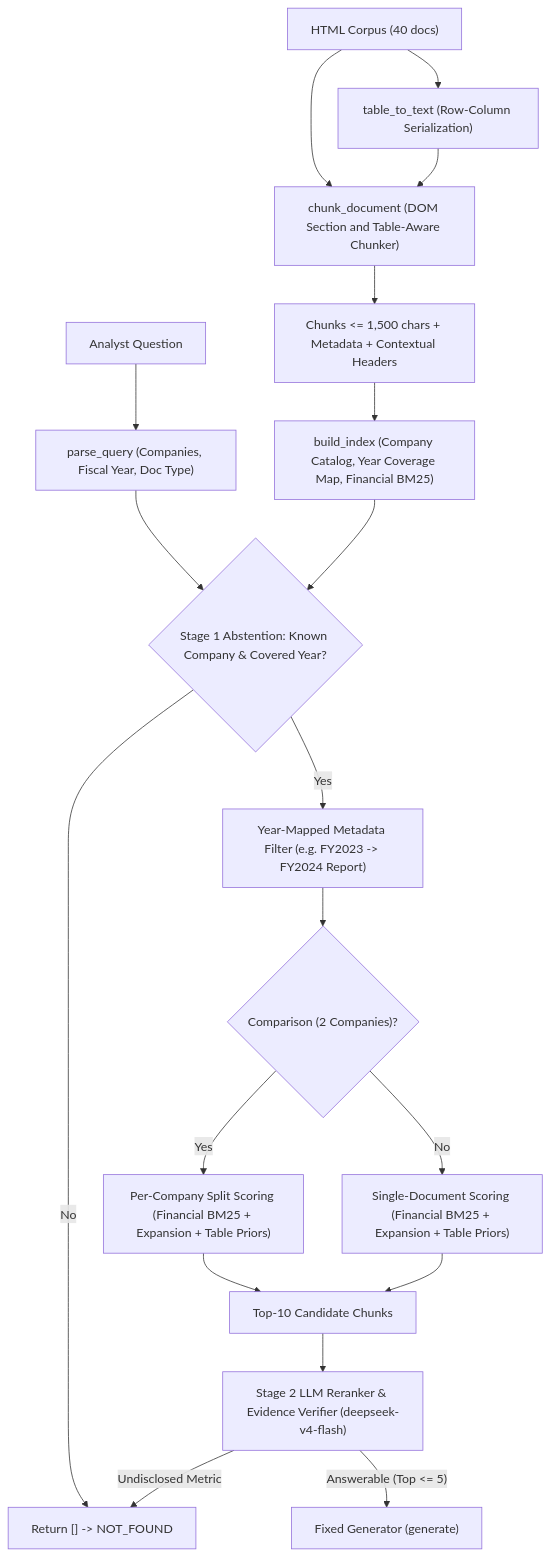
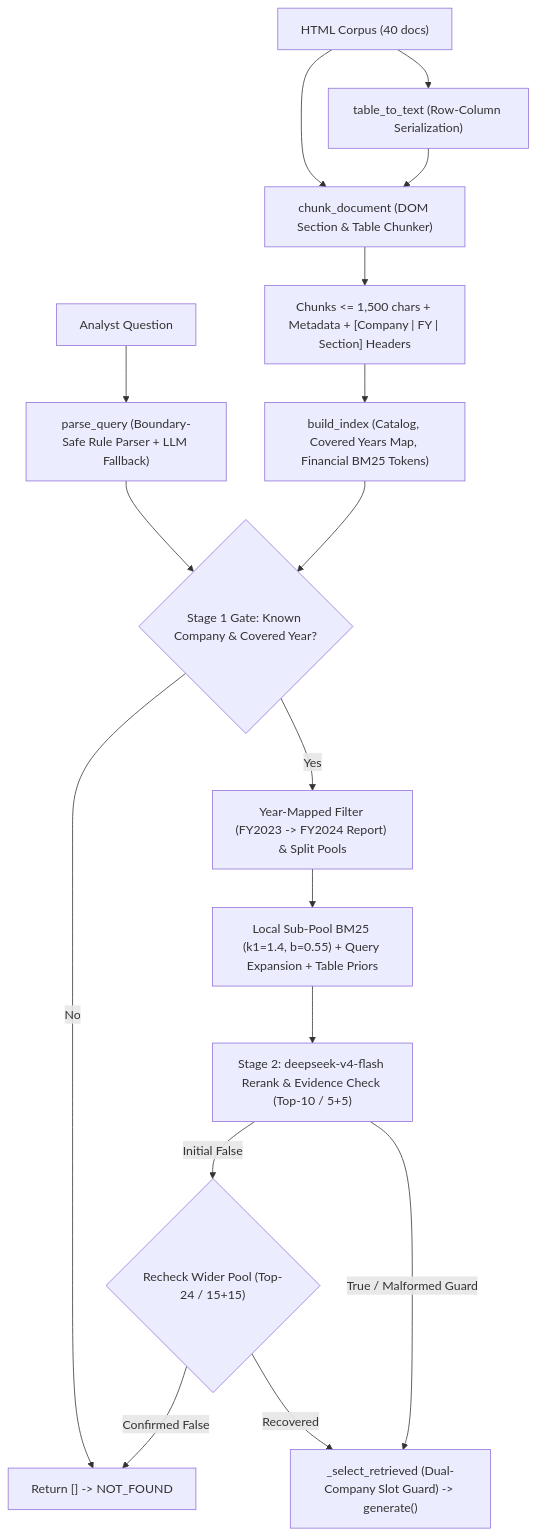
Before and after one commit to Cynr1cChen/FTEC5660-HW4: the diagram in README.md, drawn with Mermaid. The commit also changed other lines of this file and 3 other files, not shown here.

````diff
--- a/README.md
+++ b/README.md
@@ -7,21 +23,19 @@
 ```mermaid
 flowchart TD
     A["HTML Corpus (40 docs)"] --> B["table_to_text (Row-Column Serialization)"]
-    A --> C["chunk_document (DOM Section and Table-Aware Chunker)"]
+    A --> C["chunk_document (DOM Section & Table Chunker)"]
     B --> C
-    C --> D["Chunks <= 1,500 chars + Metadata + Contextual Headers"]
-    D --> E["build_index (Company Catalog, Year Coverage Map, Financial BM25)"]
-    Q["Analyst Question"] --> F["parse_query (Companies, Fiscal Year, Doc Type)"]
-    F --> G{"Stage 1 Abstention: Known Company & Covered Year?"}
+    C --> D["Chunks <= 1,500 chars + Metadata + [Company | FY | Section] Headers"]
+    D --> E["build_index (Catalog, Covered Years Map, Financial BM25 Tokens)"]
+    Q["Analyst Question"] --> F["parse_query (Boundary-Safe Rule Parser + LLM Fallback)"]
+    F --> G{"Stage 1 Gate: Known Company & Covered Year?"}
     E --> G
     G -- "No" --> Z["Return [] -> NOT_FOUND"]
-    G -- "Yes" --> H["Year-Mapped Metadata Filter (e.g. FY2023 -> FY2024 Report)"]
-    H --> I{"Comparison (2 Companies)?"}
-    I -- "Yes" --> J["Per-Company Split Scoring (Financial BM25 + Expansion + Table Priors)"]
-    I -- "No" --> K["Single-Document Scoring (Financial BM25 + Expansion + Table Priors)"]
-    J --> L["Top-10 Candidate Chunks"]
-    K --> L
-    L --> M["Stage 2 LLM Reranker & Evidence Verifier (deepseek-v4-flash)"]
-    M -- "Undisclosed Metric" --> Z
-    M -- "Answerable (Top <= 5)" --> N["Fixed Generator (generate)"]
+    G -- "Yes" --> H["Year-Mapped Filter (FY2023 -> FY2024 Report) & Split Pools"]
+    H --> I["Local Sub-Pool BM25 (k1=1.4, b=0.55) + Query Expansion + Table Priors"]
+    I --> J["Stage 2: deepseek-v4-flash Rerank & Evidence Check (Top-10 / 5+5)"]
+    J -- "Initial False" --> K{"Recheck Wider Pool (Top-24 / 15+15)"}
+    K -- "Confirmed False" --> Z
+    K -- "Recovered" --> L["_select_retrieved (Dual-Company Slot Guard) -> generate()"]
+    J -- "True / Malformed Guard" --> L
 ```
````
